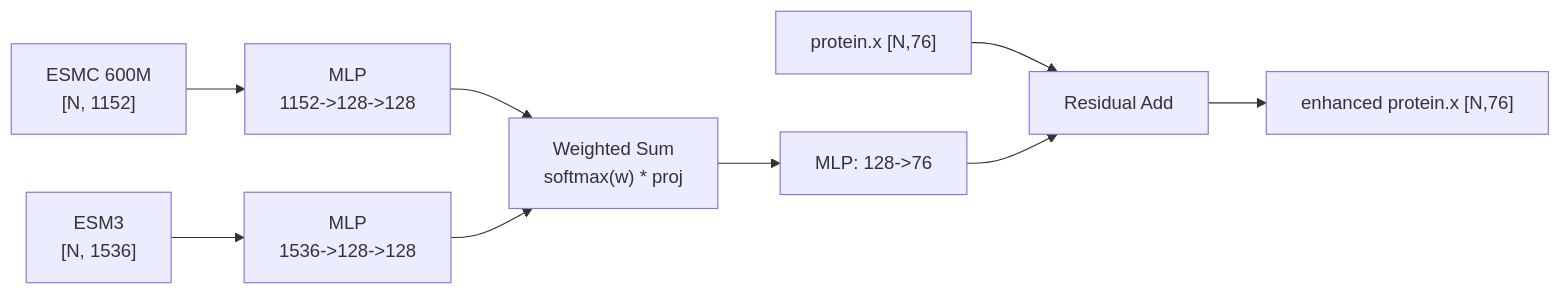
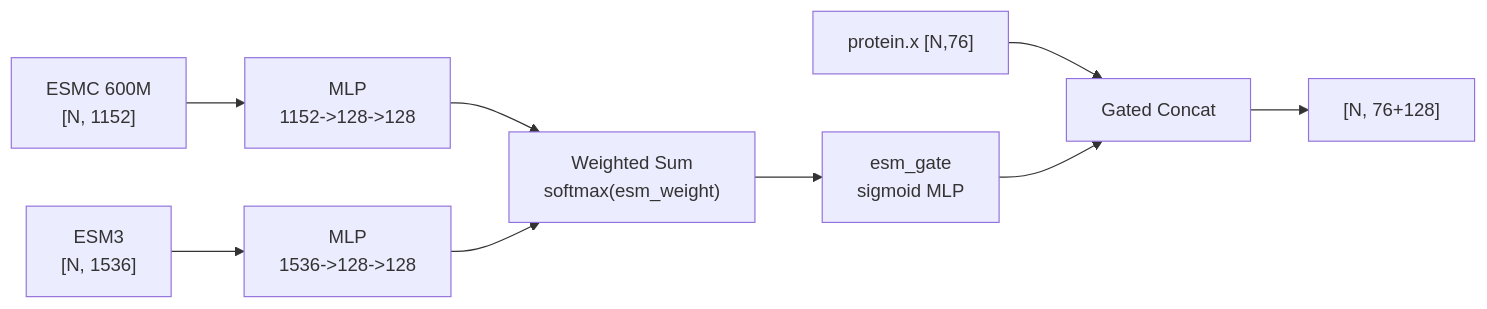
One commit to eightmm/FlowFix changed the fourth of 7 diagrams in reports/architecture.md. Above: the diagram before and after it, drawn with Mermaid. The commit also changed other lines of this file and 2 other files, not shown here.

First line of the commit message:
Fix architecture docs to match trained model (joint graph, not cross-attention)

````diff
--- a/reports/architecture.md
+++ b/reports/architecture.md
@@ -241,13 +169,14 @@
 ```mermaid
 flowchart LR
     ESMC["ESMC 600M<br/>[N, 1152]"] --> P1["MLP<br/>1152->128->128"]
     ESM3["ESM3<br/>[N, 1536]"] --> P2["MLP<br/>1536->128->128"]
 
-    P1 --> WS["Weighted Sum<br/>softmax(w) * proj"]
+    P1 --> WS["Weighted Sum<br/>softmax(esm_weight)"]
     P2 --> WS
 
-    WS --> B2I["MLP: 128->76"]
-    PX["protein.x [N,76]"] --> ADD["Residual Add"]
-    B2I --> ADD
-    ADD --> OUT["enhanced protein.x [N,76]"]
+    WS --> GATE["esm_gate<br/>sigmoid MLP"]
+
+    PX["protein.x [N,76]"] --> CAT["Gated Concat"]
+    GATE --> CAT
+    CAT --> OUT["[N, 76+128]"]
 ```
````
